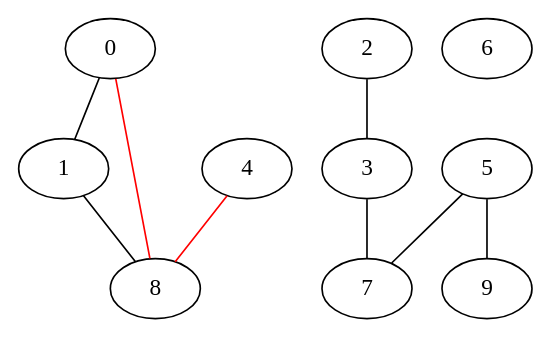
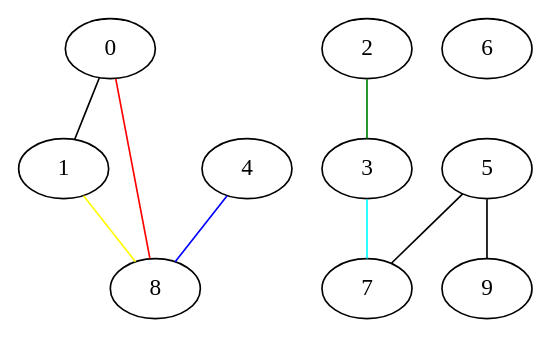
The diagram in graphs2/pathWithColour.dot (KishoreKaushal/CSLAB-MONSOON-2017), drawn with Graphviz before and after one commit. The commit also changed 10 other files, not shown here.

```diff
--- a/graphs2/pathWithColour.dot
+++ b/graphs2/pathWithColour.dot
@@ -1,16 +1,15 @@
 graph test32
  { 
 0 -- 1 ;
 0 -- 8  [color=red];
-1 -- 8 ;
-2 -- 3 ;
-3 -- 7 ;
-4 -- 8  [color=red];
-5 -- 7 ;
+1 -- 8 [color=yellow];
+2 -- 3 [color=green];
+3 -- 7 [color=cyan];
+4 -- 8  [color=blue];
+5 -- 7 [color=black];
 5 -- 9 ;
 6
 7
 8
 9
-
 }
```
